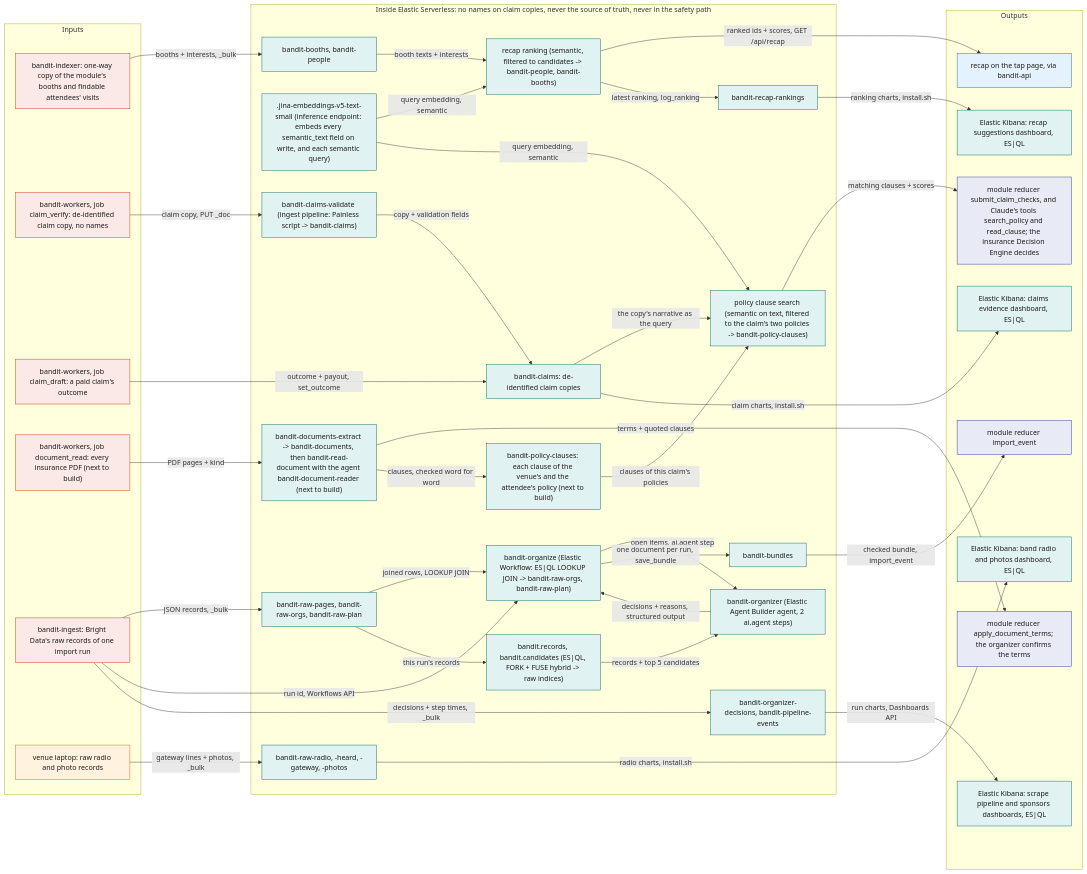
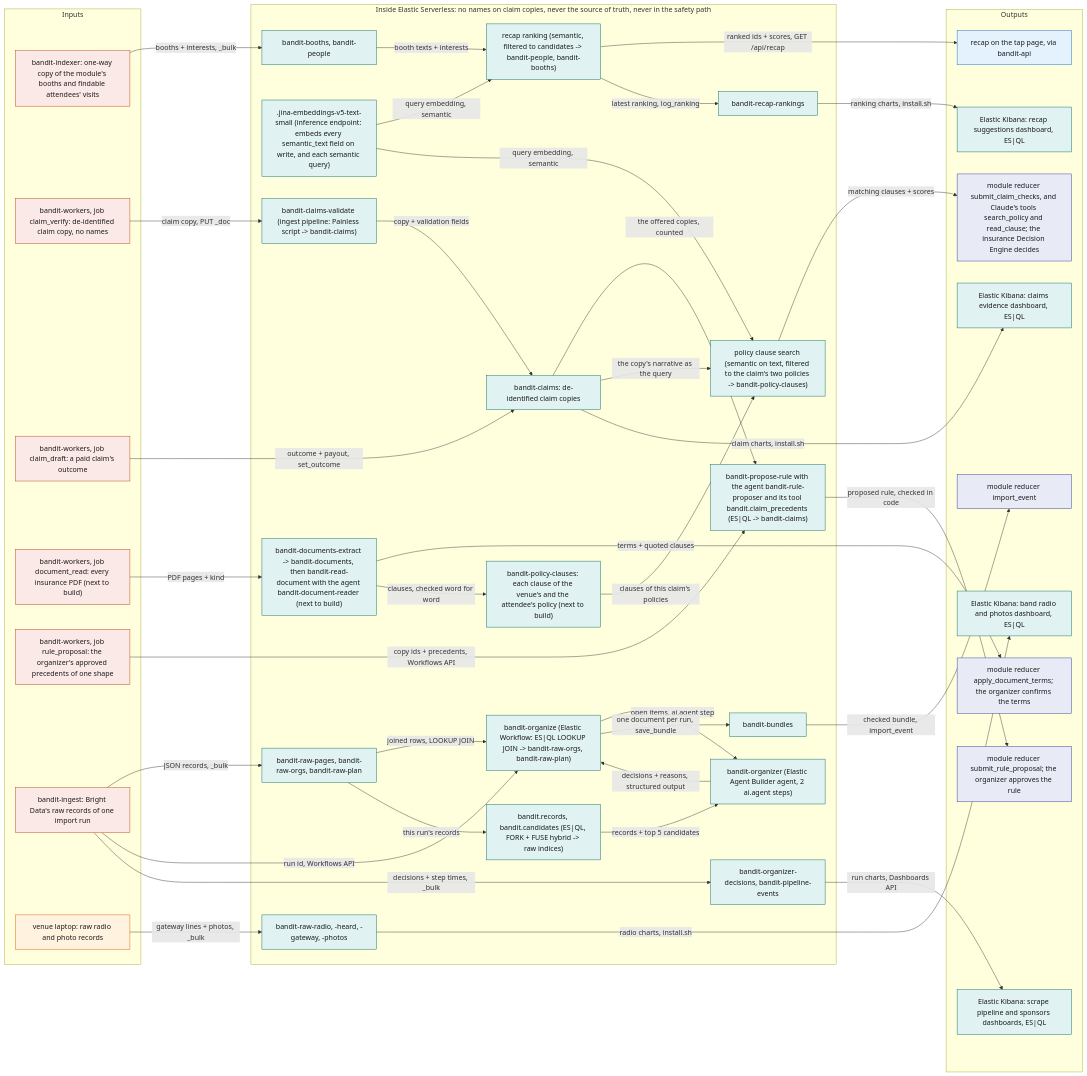
One commit to viktorinkov/cal-hacks-13 changed the first of 8 diagrams in System Design/7-integrations/Elastic.md. Above: the diagram before and after it, drawn with Mermaid. The commit also changed other lines of this file and 4 other files, not shown here.

Commit message:
System Design: propose payment rules with the Elastic agent bandit-rule-proposer

````diff
--- a/System Design/7-integrations/Elastic.md
+++ b/System Design/7-integrations/Elastic.md
@@ -95,6 +97,7 @@
     WRK["bandit-workers, job claim_verify: de-identified claim copy, no names"]
     WRB["bandit-workers, job claim_draft: a paid claim's outcome"]
     DOCW["bandit-workers, job document_read: every insurance PDF (next to build)"]
+    WRP["bandit-workers, job rule_proposal: the organizer's approved precedents of one shape"]
     ING["bandit-ingest: Bright Data's raw records of one import run"]
     LAP["venue laptop: raw radio and photo records"]
   end
@@ -104,6 +107,7 @@
     CLM["bandit-claims: de-identified claim copies"]
     RD["bandit-documents-extract -> bandit-documents, then bandit-read-document with the agent bandit-document-reader (next to build)"]
     CLS["bandit-policy-clauses: each clause of the venue's and the attendee's policy (next to build)"]
+    RP["bandit-propose-rule with the agent bandit-rule-proposer and its tool bandit.claim_precedents (ES|QL -> bandit-claims)"]
     RAW["bandit-raw-pages, bandit-raw-orgs, bandit-raw-plan"]
     WF["bandit-organize (Elastic Workflow: ES|QL LOOKUP JOIN -> bandit-raw-orgs, bandit-raw-plan)"]
     TOOLS["bandit.records, bandit.candidates (ES|QL, FORK + FUSE hybrid -> raw indices)"]
@@ -121,6 +125,7 @@
     KIBR["Elastic Kibana: recap suggestions dashboard, ES|QL"]
     SCC["module reducer submit_claim_checks, and Claude's tools search_policy and read_clause; the insurance Decision Engine decides"]
     TERMS["module reducer apply_document_terms; the organizer confirms the terms"]
+    PROP["module reducer submit_rule_proposal; the organizer approves the rule"]
     KIBC["Elastic Kibana: claims evidence dashboard, ES|QL"]
     IMP["module reducer import_event"]
     KIBE["Elastic Kibana: scrape pipeline and sponsors dashboards, ES|QL"]
@@ -144,6 +149,9 @@
   DOCW -->|"PDF pages + kind"| RD
   RD -->|"terms + quoted clauses"| TERMS
   RD -->|"clauses, checked word for word"| CLS
+  WRP -->|"copy ids + precedents, Workflows API"| RP
+  CLM -->|"the offered copies, counted"| RP
+  RP -->|"proposed rule, checked in code"| PROP
   CLS -->|"clauses of this claim's policies"| QC
   CLM -->|"the copy's narrative as the query"| QC
   INF -->|"query embedding, semantic"| QR
@@ -165,14 +173,15 @@
   QC ~~~ KIBC
   QC ~~~ KIBE
   QC ~~~ TERMS
+  QC ~~~ PROP
   classDef device fill:#FFF3E0,stroke:#E65100,color:#1A1A1A
   classDef rust fill:#FBE9E7,stroke:#BF360C,color:#1A1A1A
   classDef stdb fill:#E8EAF6,stroke:#283593,color:#1A1A1A
   classDef web fill:#E3F2FD,stroke:#1565C0,color:#1A1A1A
   classDef ext fill:#E0F2F1,stroke:#00695C,color:#1A1A1A
-  class IDX,WRK,WRB,ING,DOCW rust
+  class IDX,WRK,WRB,ING,DOCW,WRP rust
   class LAP device
-  class COPY,PIPE,CLM,RD,CLS,RAW,VRAW,INF,WF,TOOLS,AG,BUN,LOGS,QR,QC,RANK,KIBR,KIBC,KIBE,KIBV ext
-  class SCC,IMP,TERMS stdb
+  class COPY,PIPE,CLM,RD,CLS,RP,RAW,VRAW,INF,WF,TOOLS,AG,BUN,LOGS,QR,QC,RANK,KIBR,KIBC,KIBE,KIBV ext
+  class SCC,IMP,TERMS,PROP stdb
   class RCP web
 ```
````
